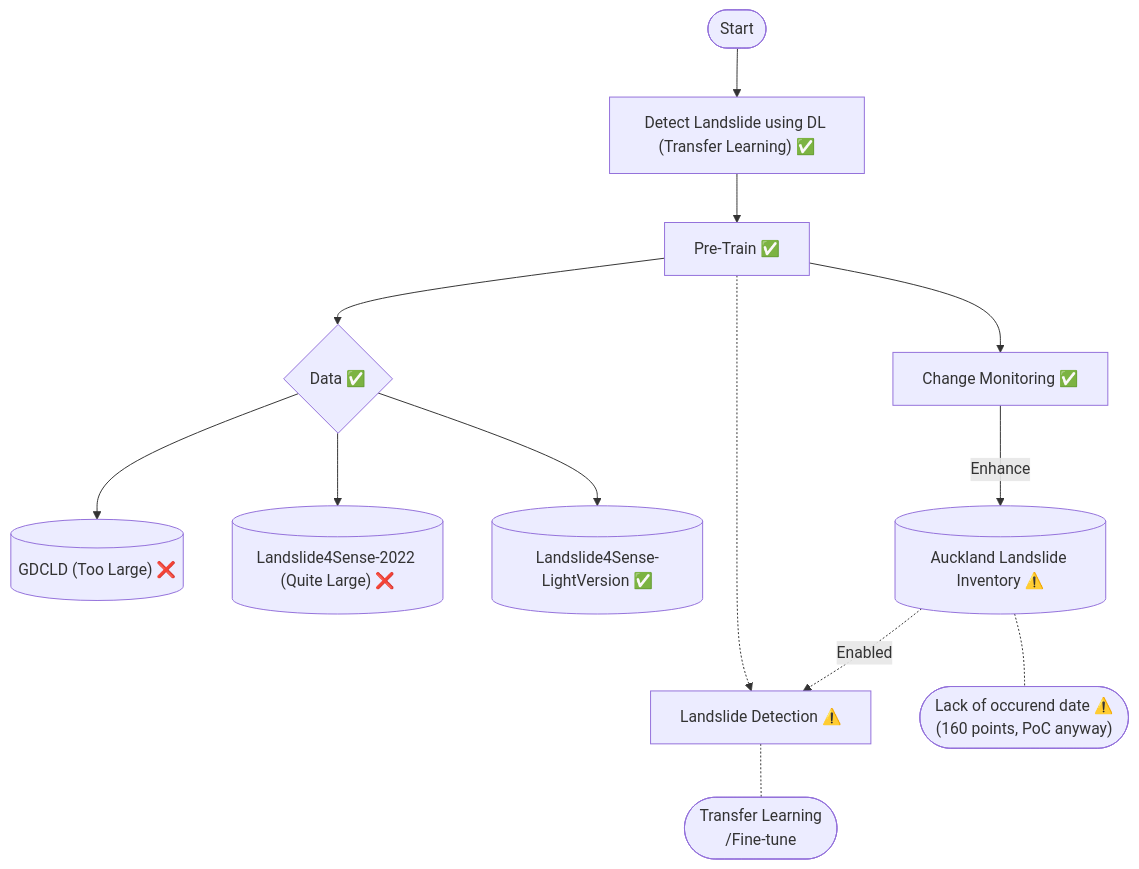
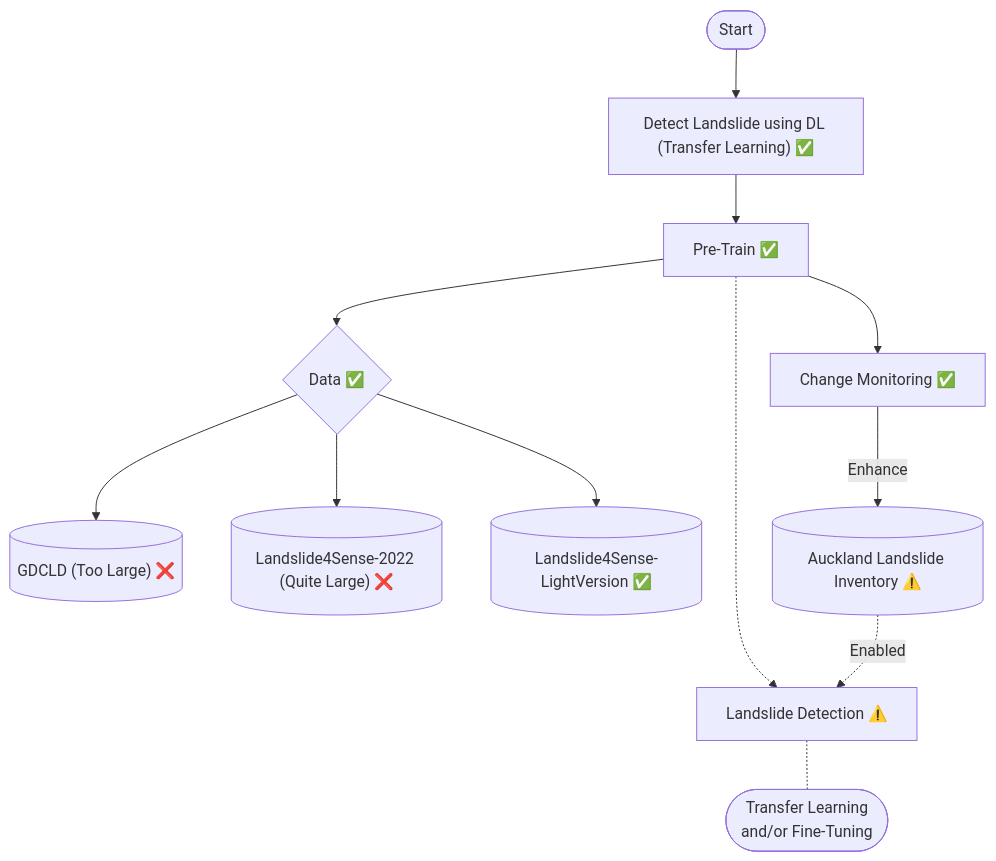
The first of 2 diagrams in README.md (sisn749/Landslide_Susceptibility_GEOG761), drawn with Mermaid before and after one commit. The commit also changed other lines of this file, not shown here.

````diff
--- a/README.md
+++ b/README.md
@@ -20,22 +20,21 @@
 ```mermaid
 flowchart TD
         A(["Start"])
         A --> P1["Detect Landslide using DL (Transfer Learning) ✅"]
         P1 --> P1_pre["Pre-Train ✅"]
         P1_pre --> P1_Pre_data{"Data ✅"} 
         P1_Pre_data --> P1_GDCLD[("GDCLD (Too Large) ❌")] 
         P1_Pre_data --> P1_Landslide4Sense[("Landslide4Sense-2022 (Quite Large) ❌")]
         P1_Pre_data --> LightVersion[("Landslide4Sense-LightVersion ✅")]
 
         
 
         P1_pre --> P2_Monitoring["Change Monitoring ✅"]
         P2_Monitoring -- Enhance --> Inventory[("Auckland Landslide Inventory ⚠️")]
 
         P1_pre -.-> P1_fine_tune["Landslide Detection ⚠️"]
-        P1_fine_tune -.- transfer(["Transfer Learning<br>/Fine-tune"])
-        
-        Inventory -.- Lack(["Lack of occurend date ⚠️<br>(160 points, PoC anyway)"])
+        P1_fine_tune -.- transfer(["Transfer Learning<br> and/or Fine-Tuning"])
+
         Inventory -. Enabled .-> P1_fine_tune
 
 ```
````
